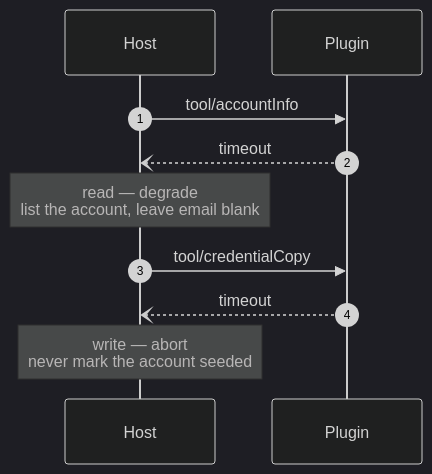
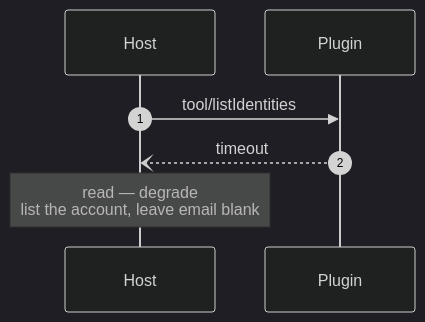
Before and after one commit to OffskyLab/Orrery-AIToolKit: the eighth of 9 diagrams in README.md, drawn with Mermaid (dark theme). The commit also changed other lines of this file and 5 other files, not shown here.

````diff
--- a/README.md
+++ b/README.md
@@ -382,14 +411,10 @@
 ```mermaid
 sequenceDiagram
     autonumber
     participant H as Host
     participant P as Plugin
 
-    H->>P: tool/accountInfo
+    H->>P: tool/listIdentities
     P--)H: timeout
     Note over H: read — degrade<br/>list the account, leave email blank
-
-    H->>P: tool/credentialCopy
-    P--)H: timeout
-    Note over H: write — abort<br/>never mark the account seeded
 ```
````
